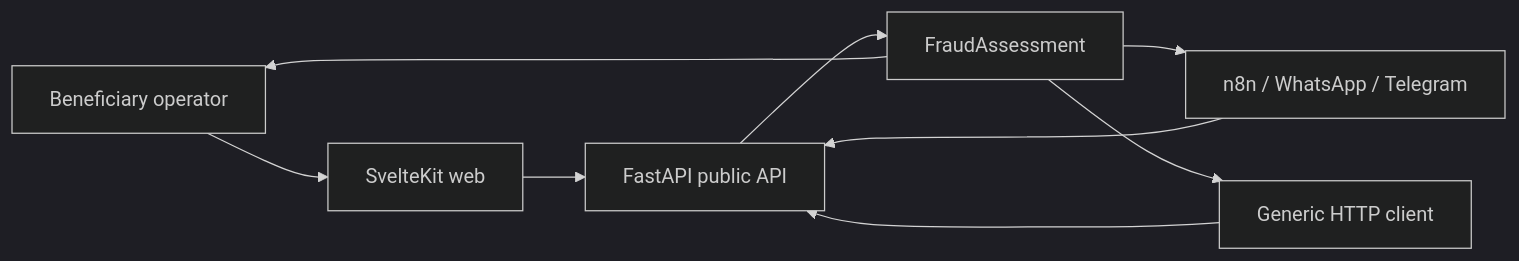
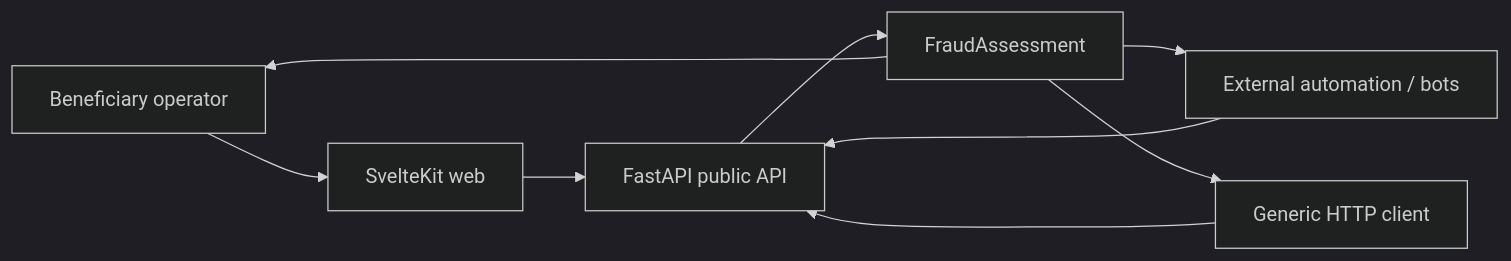
Before and after one commit to montesgp/receipt-risk-detector: the first of 4 diagrams in docs/ARCHITECTURE.md, drawn with Mermaid (dark theme). The commit also changed other lines of this file and 10 other files, not shown here.

````diff
--- a/docs/ARCHITECTURE.md
+++ b/docs/ARCHITECTURE.md
@@ -14,11 +14,11 @@
 ```mermaid
 flowchart LR
     U["Beneficiary operator"] --> W["SvelteKit web"]
-    N["n8n / WhatsApp / Telegram"] --> A["FastAPI public API"]
+    N["External automation / bots"] --> A["FastAPI public API"]
     X["Generic HTTP client"] --> A
     W --> A
     A --> R["FraudAssessment"]
     R --> U
     R --> N
     R --> X
 ```
````
